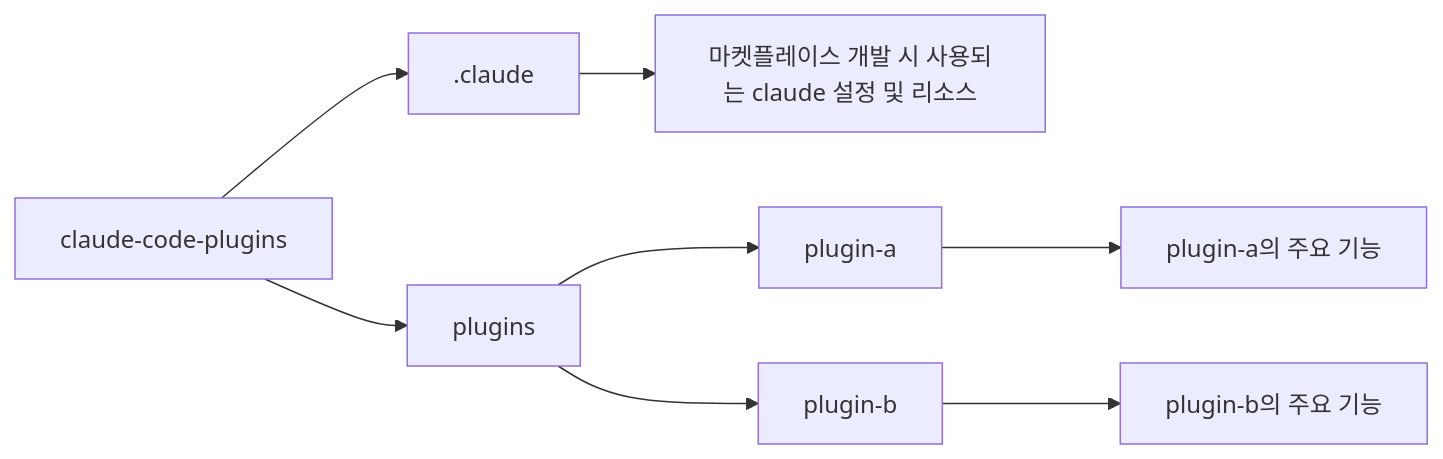
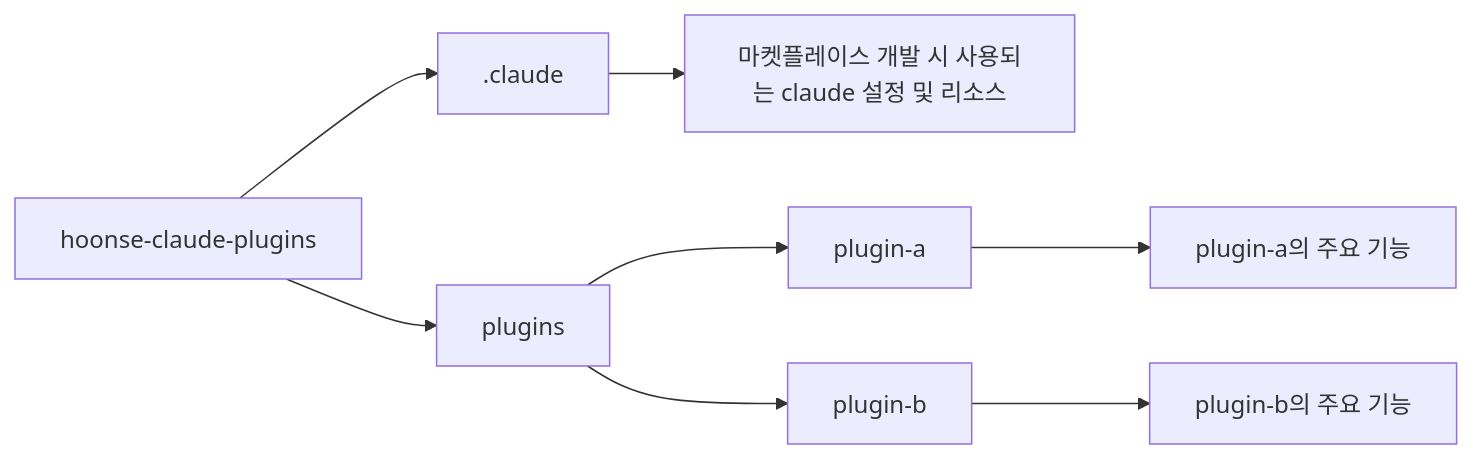
Before and after one commit to iamhoonse-dev/hoonse-claude-plugins: the diagram in .claude/skills/project-readme-structure/SKILL.md, drawn with Mermaid. The commit also changed 7 other files, not shown here.

First line of the commit message:
refactor: 마켓플레이스 이름을 hoonse-claude-plugins로 변경

````diff
--- a/.claude/skills/project-readme-structure/SKILL.md
+++ b/.claude/skills/project-readme-structure/SKILL.md
@@ -33,10 +33,10 @@
       ```mermaid
       graph LR
-        A[claude-code-plugins] --> B[.claude]
+        A[hoonse-claude-plugins] --> B[.claude]
         B[.claude] --> B1[마켓플레이스 개발 시 사용되는 claude 설정 및 리소스]
-        A[claude-code-plugins] --> C[plugins]
+        A[hoonse-claude-plugins] --> C[plugins]
         C[plugins] --> D[plugin-a]
         C[plugins] --> E[plugin-b]
         D[plugin-a] --> D1[plugin-a의 주요 기능]
         E[plugin-b] --> E1[plugin-b의 주요 기능]
       ```
````
